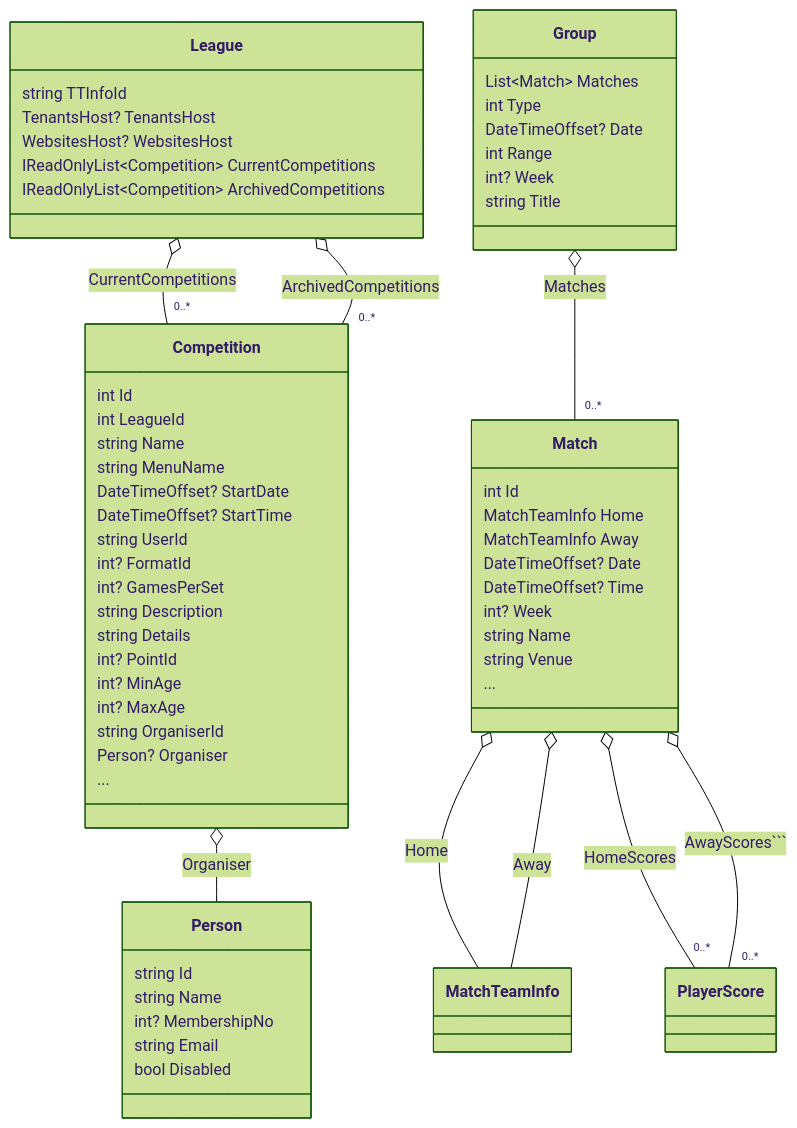
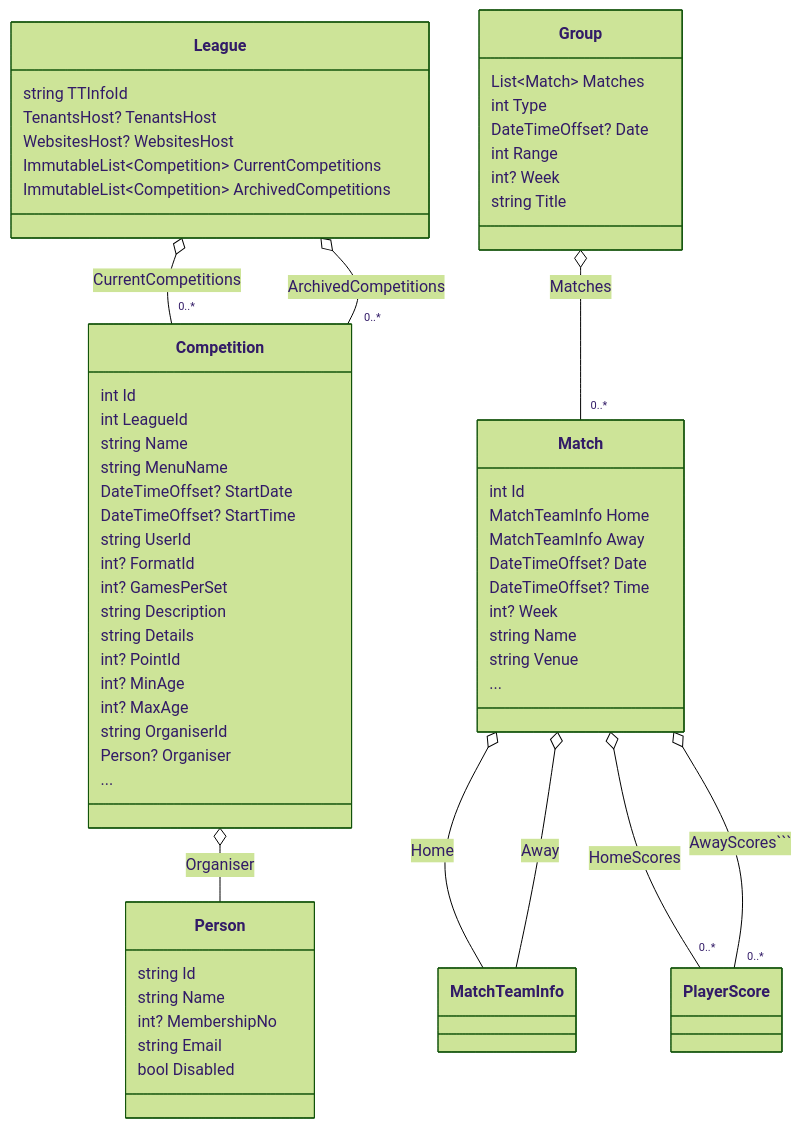
Before and after one commit to smabuk/Smab.TTInfo: the first of 7 diagrams in src/Smab.TTInfo.TTLeagues/README.md, drawn with Mermaid (forest theme). The commit also changed 29 other files, not shown here.

````diff
--- a/src/Smab.TTInfo.TTLeagues/README.md
+++ b/src/Smab.TTInfo.TTLeagues/README.md
@@ -76,67 +76,67 @@
 ```mermaid
 classDiagram
     class League {
         string TTInfoId
         TenantsHost? TenantsHost
         WebsitesHost? WebsitesHost
-        IReadOnlyList~Competition~ CurrentCompetitions
-        IReadOnlyList~Competition~ ArchivedCompetitions
+        ImmutableList~Competition~ CurrentCompetitions
+        ImmutableList~Competition~ ArchivedCompetitions
     }
     class Competition {
         int Id
         int LeagueId
         string Name
         string MenuName
         DateTimeOffset? StartDate
         DateTimeOffset? StartTime
         string UserId
         int? FormatId
         int? GamesPerSet
         string Description
         string Details
         int? PointId
         int? MinAge
         int? MaxAge
         string OrganiserId
         Person? Organiser
         ...
     }
     class Person {
         string Id
         string Name
         int? MembershipNo
         string Email
         bool Disabled
     }
     class Group {
         List~Match~ Matches
         int Type
         DateTimeOffset? Date
         int Range
         int? Week
         string Title
     }
     class Match {
         int Id
         MatchTeamInfo Home
         MatchTeamInfo Away
         DateTimeOffset? Date
         DateTimeOffset? Time
         int? Week
         string Name
         string Venue
         ...
     }
     class MatchTeamInfo
     class PlayerScore
 
     %% Relationships
     League o-- "0..*" Competition : CurrentCompetitions
     League o-- "0..*" Competition : ArchivedCompetitions
     Competition o-- Person : Organiser
     Group o-- "0..*" Match : Matches
     Match o-- MatchTeamInfo : Home
     Match o-- MatchTeamInfo : Away
     Match o-- "0..*" PlayerScore : HomeScores
     Match o-- "0..*" PlayerScore : AwayScores```
 ```
````
